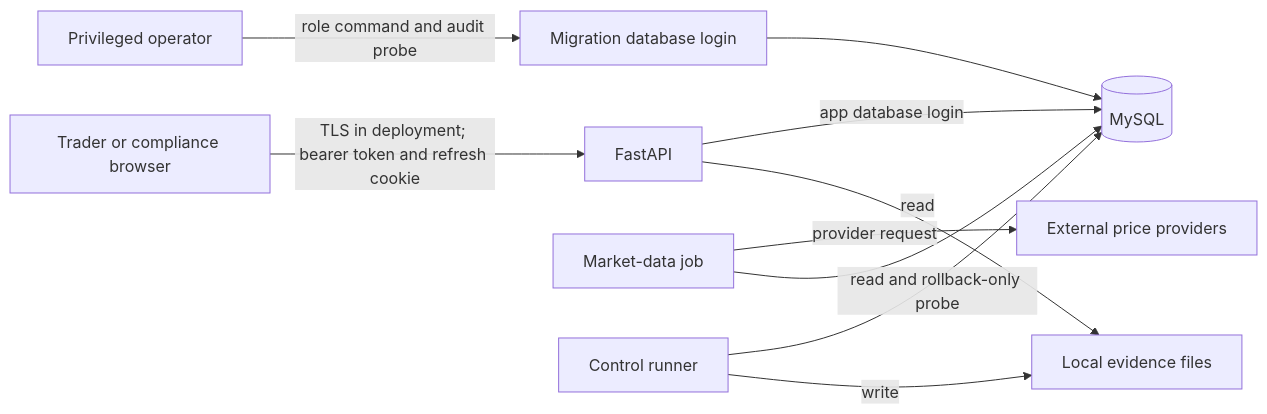
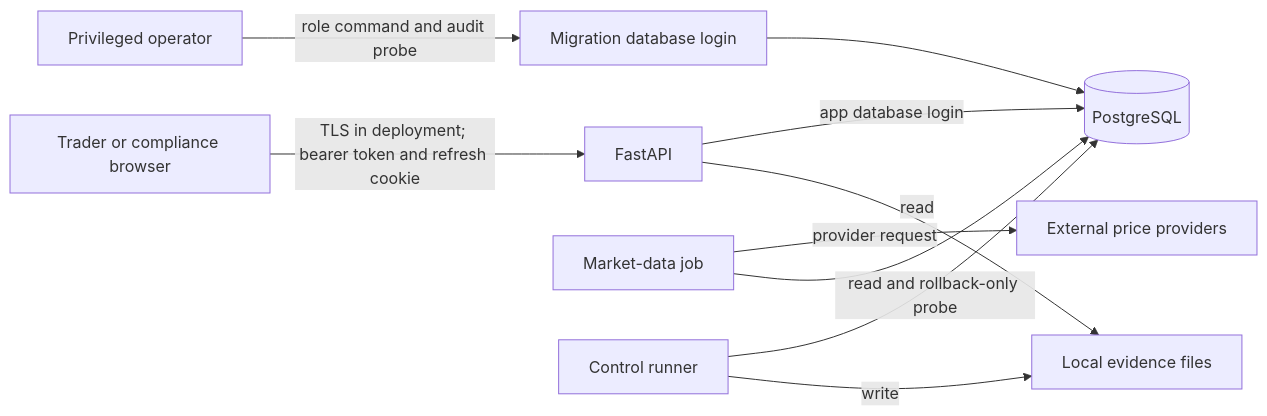
The diagram in docs/THREAT_MODEL.md (slowgold05/Fintech-trading-risk-engine), drawn with Mermaid before and after one commit. The commit also changed other lines of this file and 11 other files, not shown here.

Commit message:
Migrate local app data to PostgreSQL

````diff
--- a/docs/THREAT_MODEL.md
+++ b/docs/THREAT_MODEL.md
@@ -9,12 +9,12 @@
 ```mermaid
 flowchart LR
     U[Trader or compliance browser] -->|TLS in deployment; bearer token and refresh cookie| API[FastAPI]
-    API -->|app database login| DB[(MySQL)]
+    API -->|app database login| DB[(PostgreSQL)]
     P[Privileged operator] -->|role command and audit probe| MIG[Migration database login]
     MIG --> DB
     W[Market-data job] -->|provider request| V[External price providers]
     W --> DB
     C[Control runner] -->|read and rollback-only probe| DB
     C -->|write| E[Local evidence files]
     API -->|read| E
 ```
````
